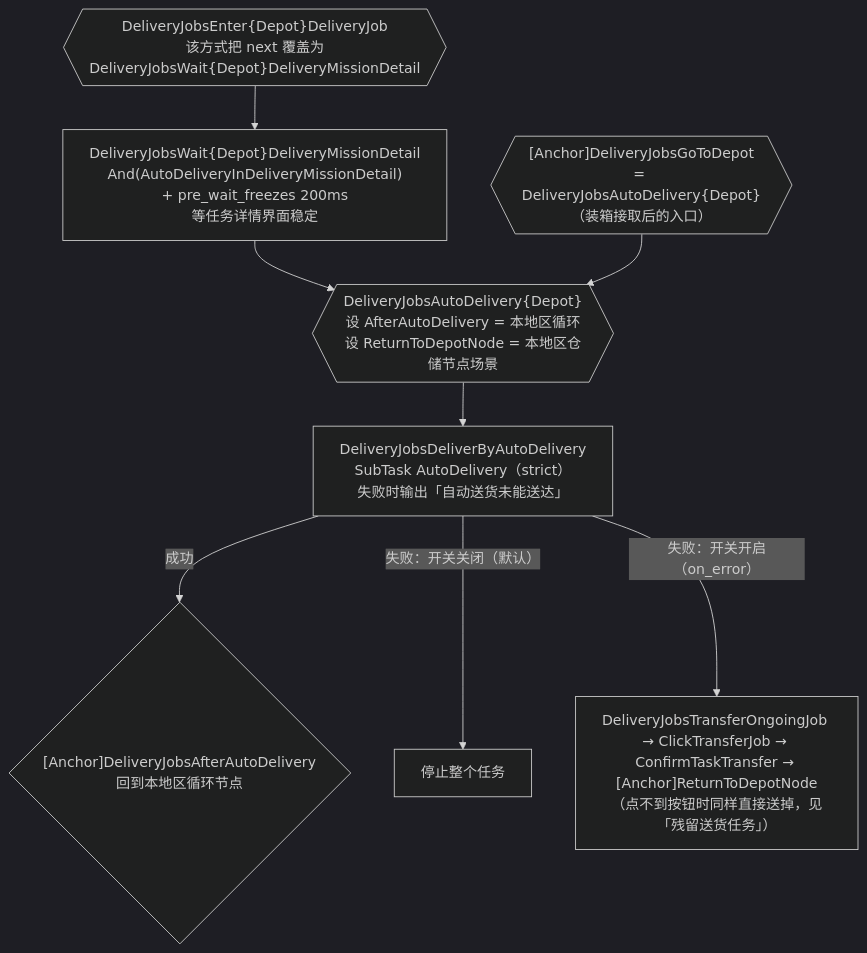
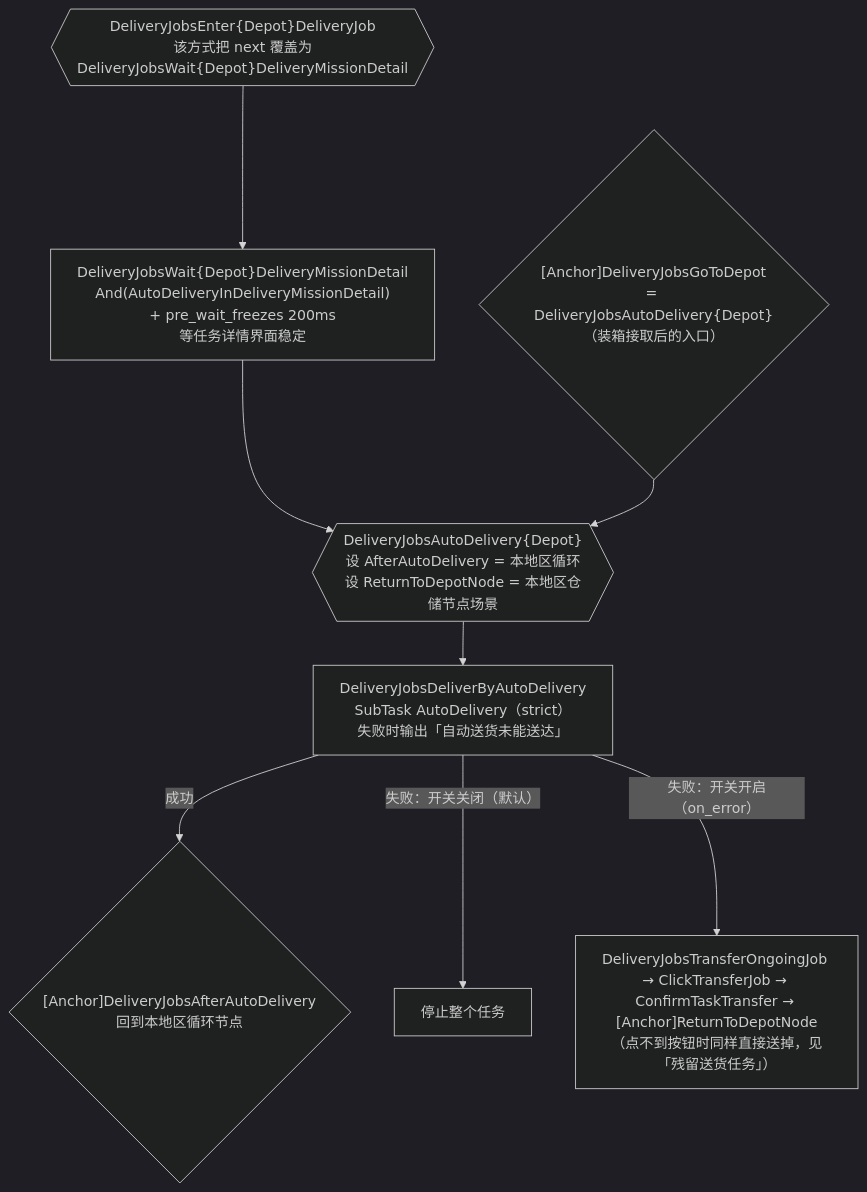
Before and after one commit to Aliothmoon/MaaEnd: the fifth of 6 diagrams in docs/zh_cn/developers/tasks/delivery-jobs-maintain.md, drawn with Mermaid (dark theme). The commit also changed other lines of this file and 83 other files, not shown here.

````diff
--- a/docs/zh_cn/developers/tasks/delivery-jobs-maintain.md
+++ b/docs/zh_cn/developers/tasks/delivery-jobs-maintain.md
@@ -198,10 +198,10 @@
 ```mermaid
 flowchart TD
     EJob{{"DeliveryJobsEnter{Depot}DeliveryJob\n该方式把 next 覆盖为\nDeliveryJobsWait{Depot}DeliveryMissionDetail"}} --> Wait["DeliveryJobsWait{Depot}DeliveryMissionDetail\nAnd(AutoDeliveryInDeliveryMissionDetail)\n+ pre_wait_freezes 200ms\n等任务详情界面稳定"]
     Wait --> AutoD
-    GoTo{{"[Anchor]DeliveryJobsGoToDepot\n= DeliveryJobsAutoDelivery{Depot}（装箱接取后的入口）"}} --> AutoD
+    GoTo{"[Anchor]DeliveryJobsGoToDepot\n= DeliveryJobsAutoDelivery{Depot}（装箱接取后的入口）"} --> AutoD
     AutoD{{"DeliveryJobsAutoDelivery{Depot}\n设 AfterAutoDelivery = 本地区循环\n设 ReturnToDepotNode = 本地区仓储节点场景"}} --> ByAuto["DeliveryJobsDeliverByAutoDelivery\nSubTask AutoDelivery（strict）\n失败时输出「自动送货未能送达」"]
     ByAuto -->|成功| Done{"[Anchor]DeliveryJobsAfterAutoDelivery\n回到本地区循环节点"}
     ByAuto -->|"失败：开关关闭（默认）"| Stop["停止整个任务"]
     ByAuto -->|"失败：开关开启（on_error）"| TOng["DeliveryJobsTransferOngoingJob → ClickTransferJob → ConfirmTaskTransfer → [Anchor]ReturnToDepotNode\n（点不到按钮时同样直接送掉，见「残留送货任务」）"]
 ```
````
